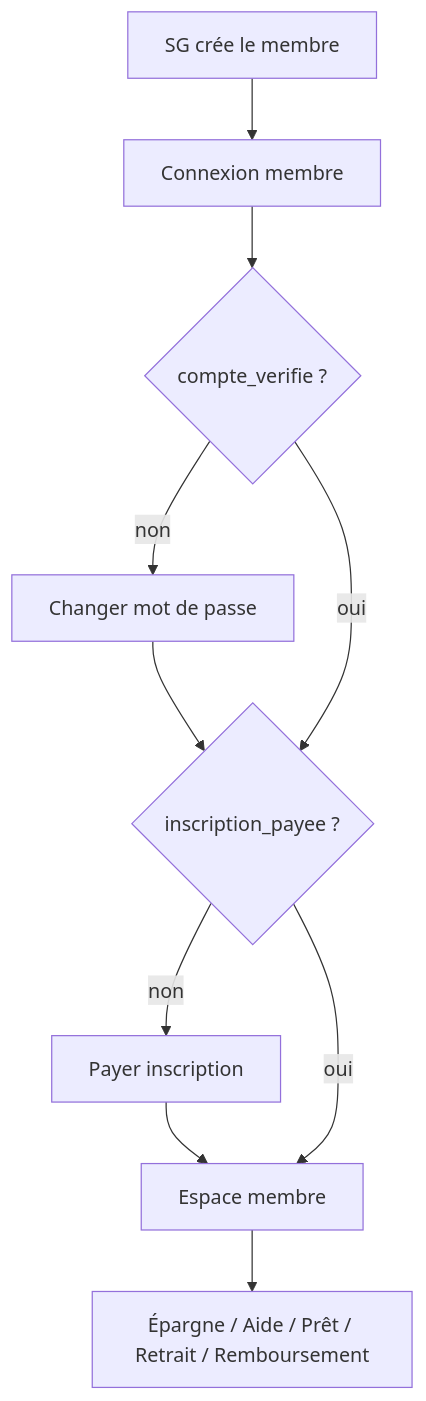
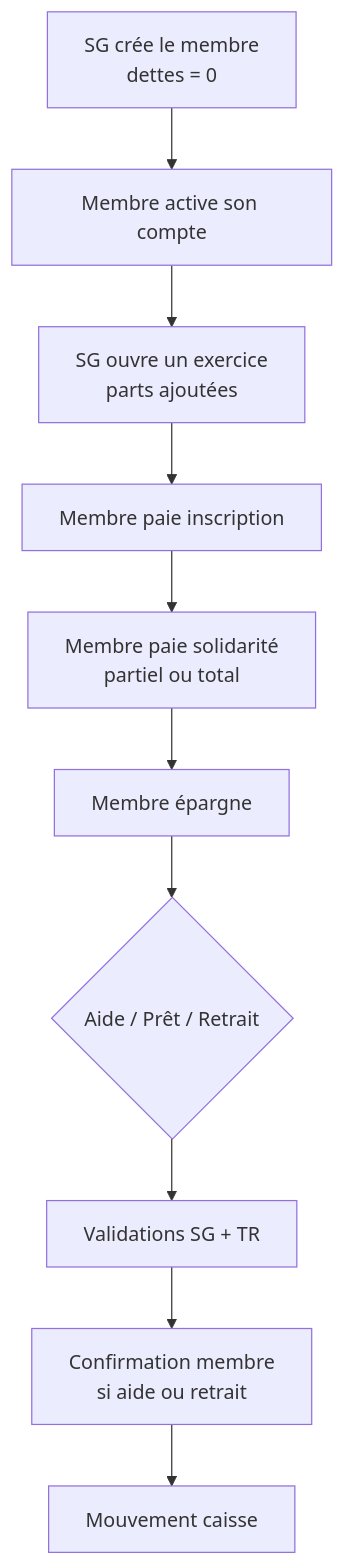
The third of 5 diagrams in FONCTIONNEMENT_MUTUELLE.md (NehemieTuring/Mutuelle4GI), drawn with Mermaid before and after one commit. The commit also changed other lines of this file and 13 other files, not shown here.

````diff
--- a/FONCTIONNEMENT_MUTUELLE.md
+++ b/FONCTIONNEMENT_MUTUELLE.md
@@ -446,12 +624,12 @@
 ```mermaid
 flowchart TD
-    A[SG crée le membre] --> B[Connexion membre]
-    B --> C{compte_verifie ?}
-    C -->|non| D[Changer mot de passe]
-    D --> E{inscription_payee ?}
-    C -->|oui| E
-    E -->|non| F[Payer inscription]
-    F --> G[Espace membre]
-    E -->|oui| G
-    G --> H[Épargne / Aide / Prêt / Retrait / Remboursement]
+    A[SG crée le membre<br/>dettes = 0] --> B[Membre active son compte]
+    B --> C[SG ouvre un exercice<br/>parts ajoutées]
+    C --> D[Membre paie inscription]
+    D --> E[Membre paie solidarité<br/>partiel ou total]
+    E --> F[Membre épargne]
+    F --> G{Aide / Prêt / Retrait}
+    G --> H[Validations SG + TR]
+    H --> I[Confirmation membre<br/>si aide ou retrait]
+    I --> J[Mouvement caisse]
 ```
````
